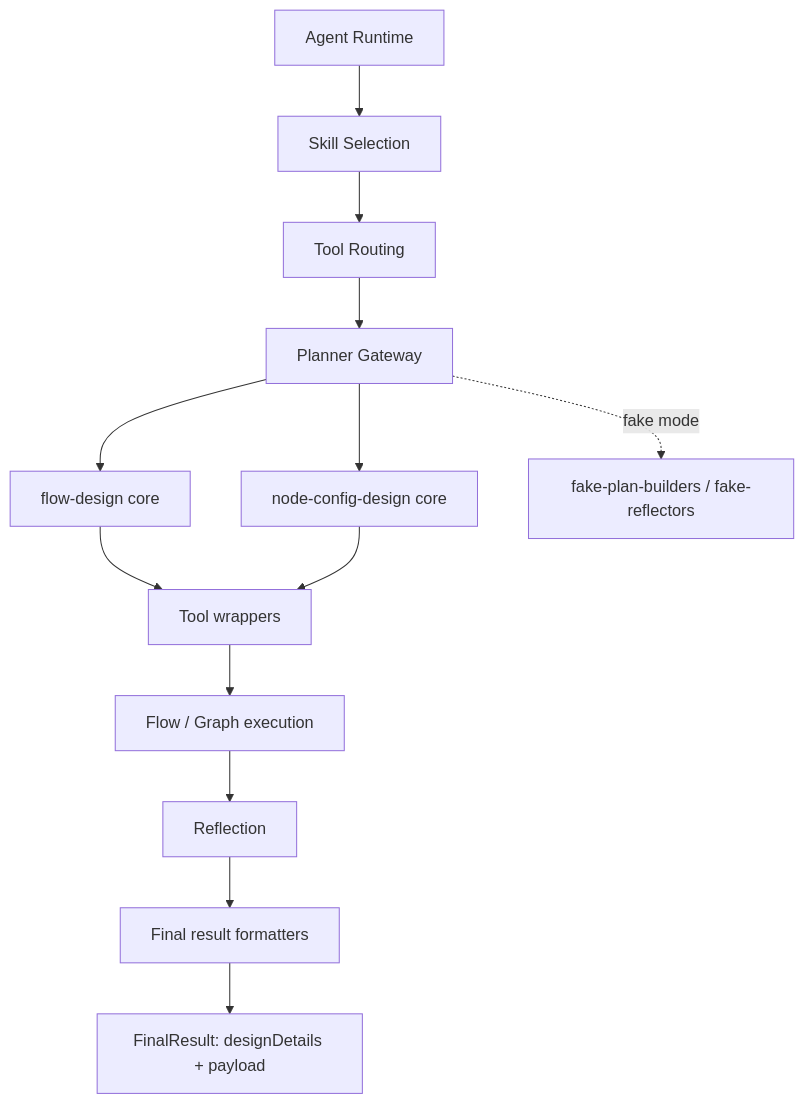
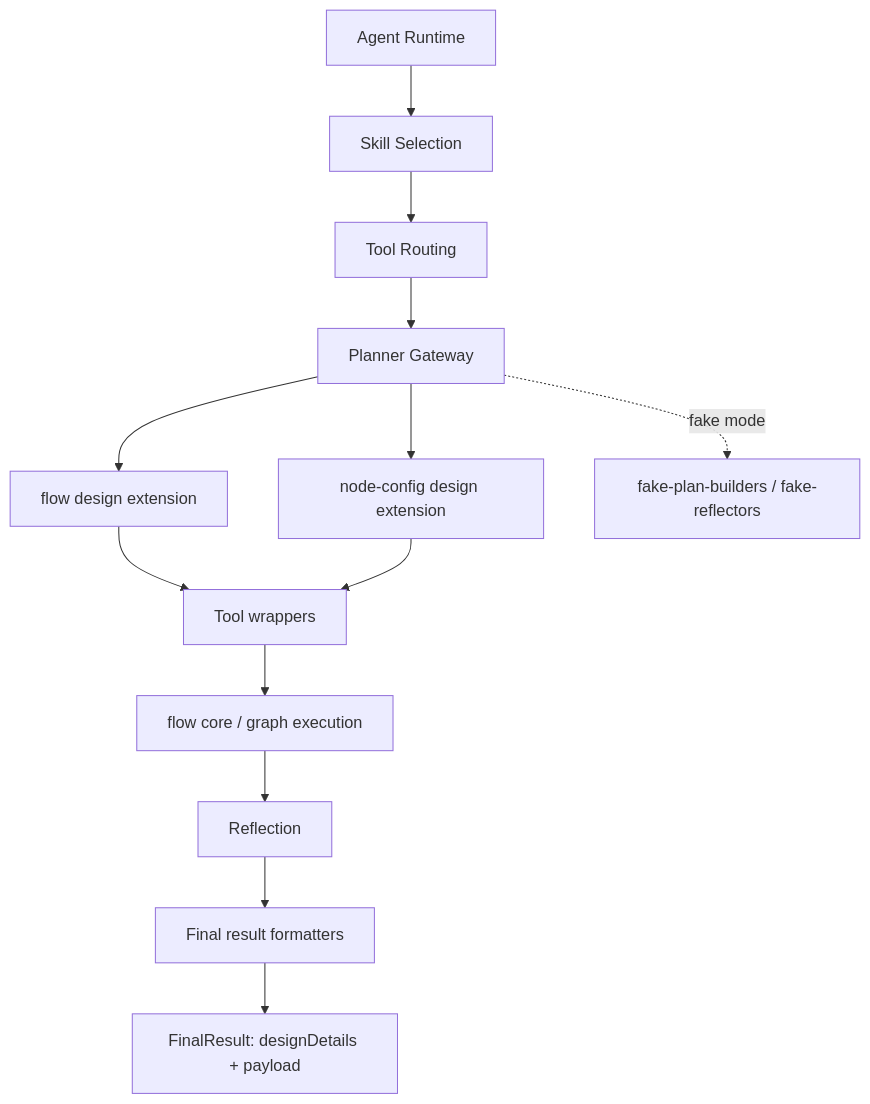
One commit to steve-lemon/codex-agent-builder changed the diagram in README.md. Above: the diagram before and after it, drawn with Mermaid. The commit also changed other lines of this file and 150 other files, not shown here.

````diff
--- a/README.md
+++ b/README.md
@@ -44,15 +48,15 @@
 ```mermaid
 flowchart TD
     A["Agent Runtime"] --> B["Skill Selection"]
     B --> C["Tool Routing"]
     C --> D["Planner Gateway"]
-    D --> E["flow-design core"]
-    D --> F["node-config-design core"]
+    D --> E["flow design extension"]
+    D --> F["node-config design extension"]
     E --> G["Tool wrappers"]
     F --> G
-    G --> H["Flow / Graph execution"]
+    G --> H["flow core / graph execution"]
     H --> I["Reflection"]
     I --> J["Final result formatters"]
     J --> K["FinalResult: designDetails + payload"]
     D -. fake mode .-> L["fake-plan-builders / fake-reflectors"]
 ```
````
